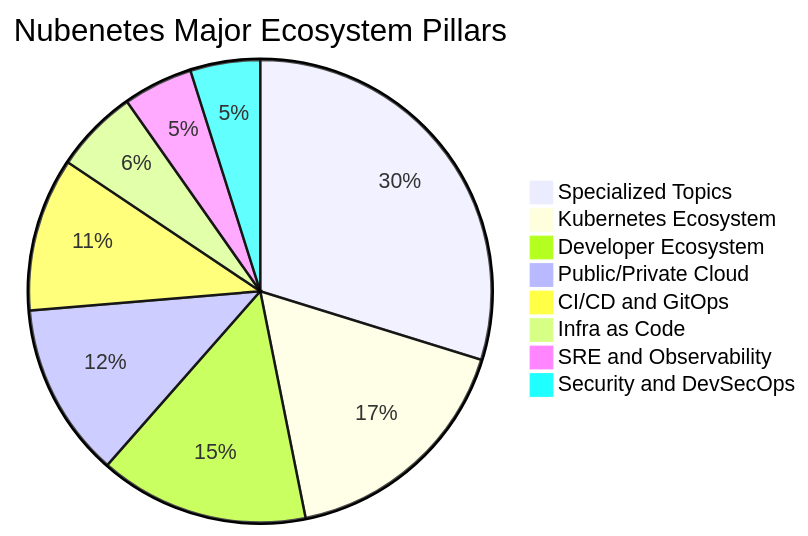
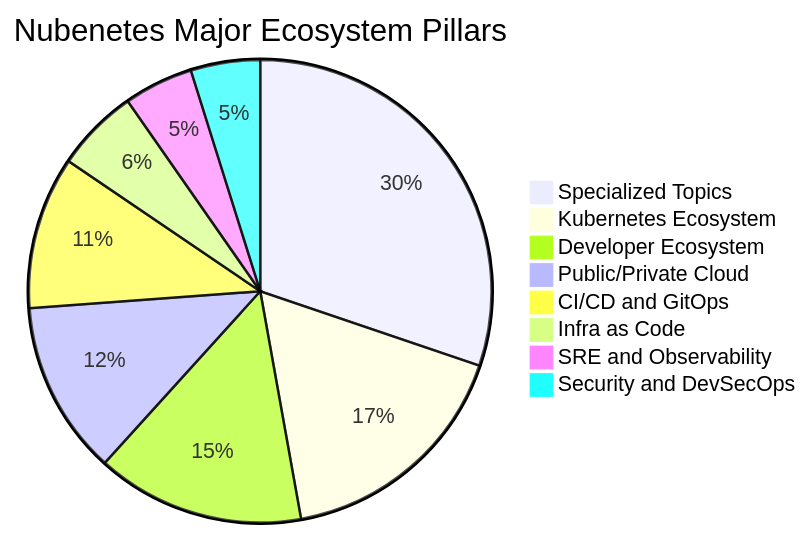
The second of 14 diagrams in README.md (nubenetes/awesome-kubernetes), drawn with Mermaid before and after one commit. The commit also changed other lines of this file, not shown here.

````diff
--- a/README.md
+++ b/README.md
@@ -308,11 +308,11 @@
 ```mermaid
 pie title Nubenetes Major Ecosystem Pillars
-    "Specialized Topics" : 6110
+    "Specialized Topics" : 6234
     "Kubernetes Ecosystem" : 3500
     "Developer Ecosystem" : 3000
     "Public/Private Cloud" : 2500
     "CI/CD and GitOps" : 2200
     "Infra as Code" : 1200
     "SRE and Observability" : 1000
     "Security and DevSecOps" : 1000
 ```
````
